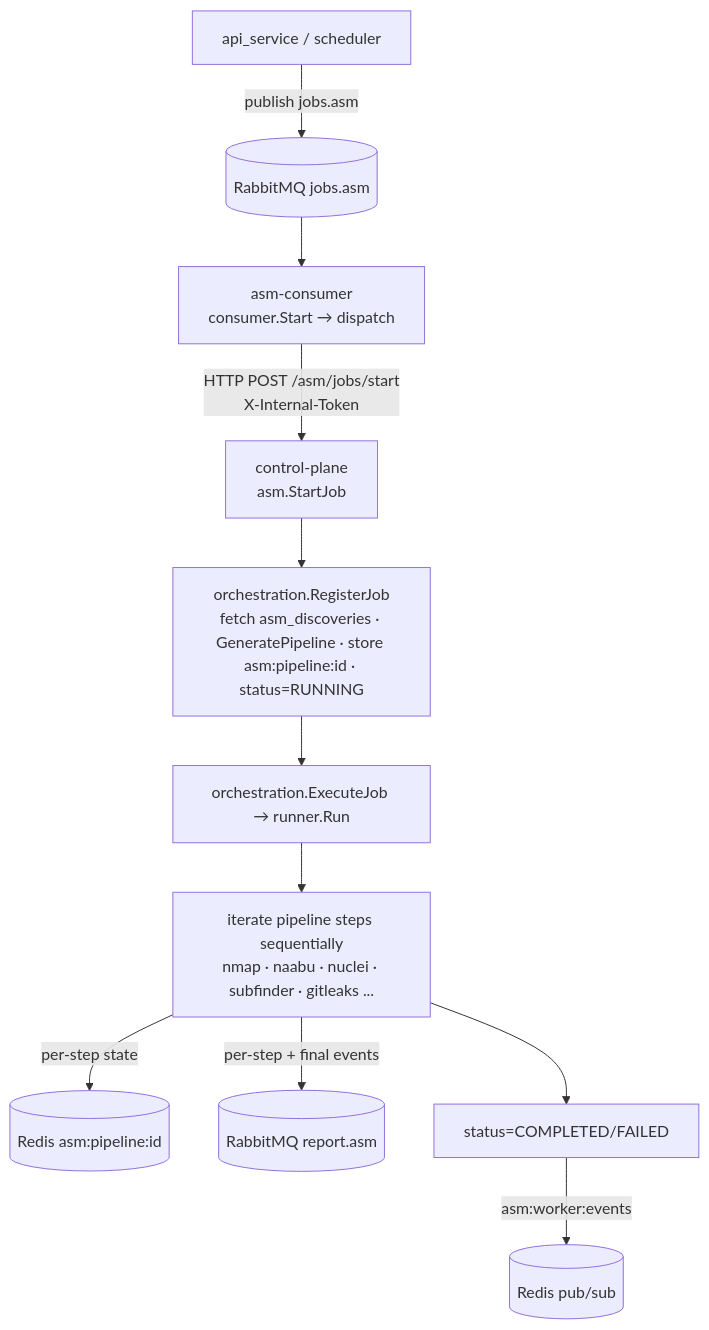
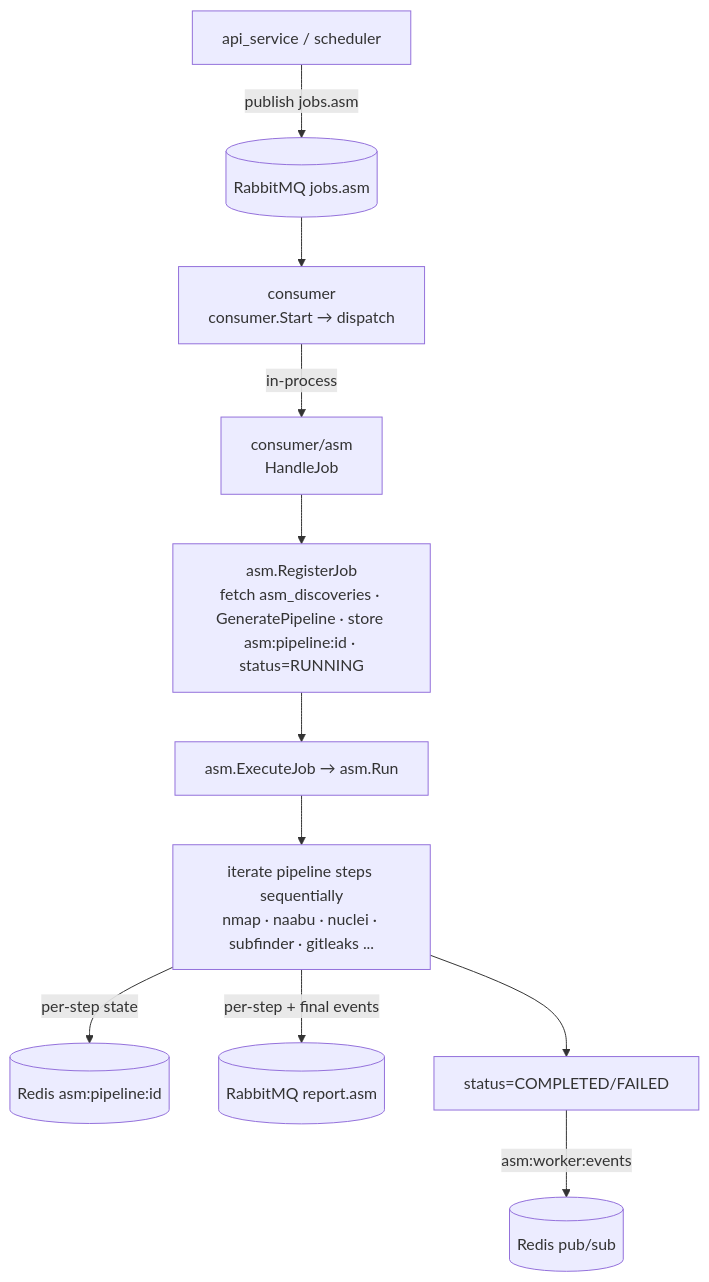
Before and after one commit to pankajneema/cyberSentinel: the diagram in docs/01_developer_guide/workers.md, drawn with Mermaid. The commit also changed other lines of this file and 182 other files, not shown here.

````diff
--- a/docs/01_developer_guide/workers.md
+++ b/docs/01_developer_guide/workers.md
@@ -48,13 +50,13 @@
 ```mermaid
 flowchart TD
   P[api_service / scheduler] -->|publish jobs.asm| Q[(RabbitMQ jobs.asm)]
-  Q --> C[asm-consumer<br/>consumer.Start → dispatch]
-  C -->|HTTP POST /asm/jobs/start<br/>X-Internal-Token| CP[control-plane<br/>asm.StartJob]
-  CP --> RJ[orchestration.RegisterJob<br/>fetch asm_discoveries · GeneratePipeline · store asm:pipeline:id · status=RUNNING]
-  RJ --> EX[orchestration.ExecuteJob → runner.Run]
+  Q --> C[consumer<br/>consumer.Start → dispatch]
+  C -->|in-process| CP[consumer/asm<br/>HandleJob]
+  CP --> RJ[asm.RegisterJob<br/>fetch asm_discoveries · GeneratePipeline · store asm:pipeline:id · status=RUNNING]
+  RJ --> EX[asm.ExecuteJob → asm.Run]
   EX --> STEPS[iterate pipeline steps sequentially<br/>nmap · naabu · nuclei · subfinder · gitleaks ...]
   STEPS -->|per-step state| RD[(Redis asm:pipeline:id)]
   STEPS -->|per-step + final events| RQ[(RabbitMQ report.asm)]
   STEPS --> DONE[status=COMPLETED/FAILED]
   DONE -->|asm:worker:events| RDP[(Redis pub/sub)]
 ```
````
